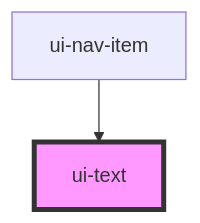
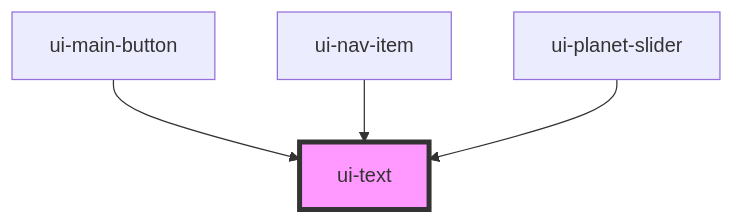
One commit to rosalesponcer/space-tourism changed the diagram in packages/core-components/src/components/atoms/ui-text/readme.md. Above: the diagram before and after it, drawn with Mermaid. The commit also changed other lines of this file and 68 other files, not shown here.

````diff
--- a/packages/core-components/src/components/atoms/ui-text/readme.md
+++ b/packages/core-components/src/components/atoms/ui-text/readme.md
@@ -25,5 +27,7 @@
 ```mermaid
 graph TD;
+  ui-main-button --> ui-text
   ui-nav-item --> ui-text
+  ui-planet-slider --> ui-text
   style ui-text fill:#f9f,stroke:#333,stroke-width:4px
 ```
````
